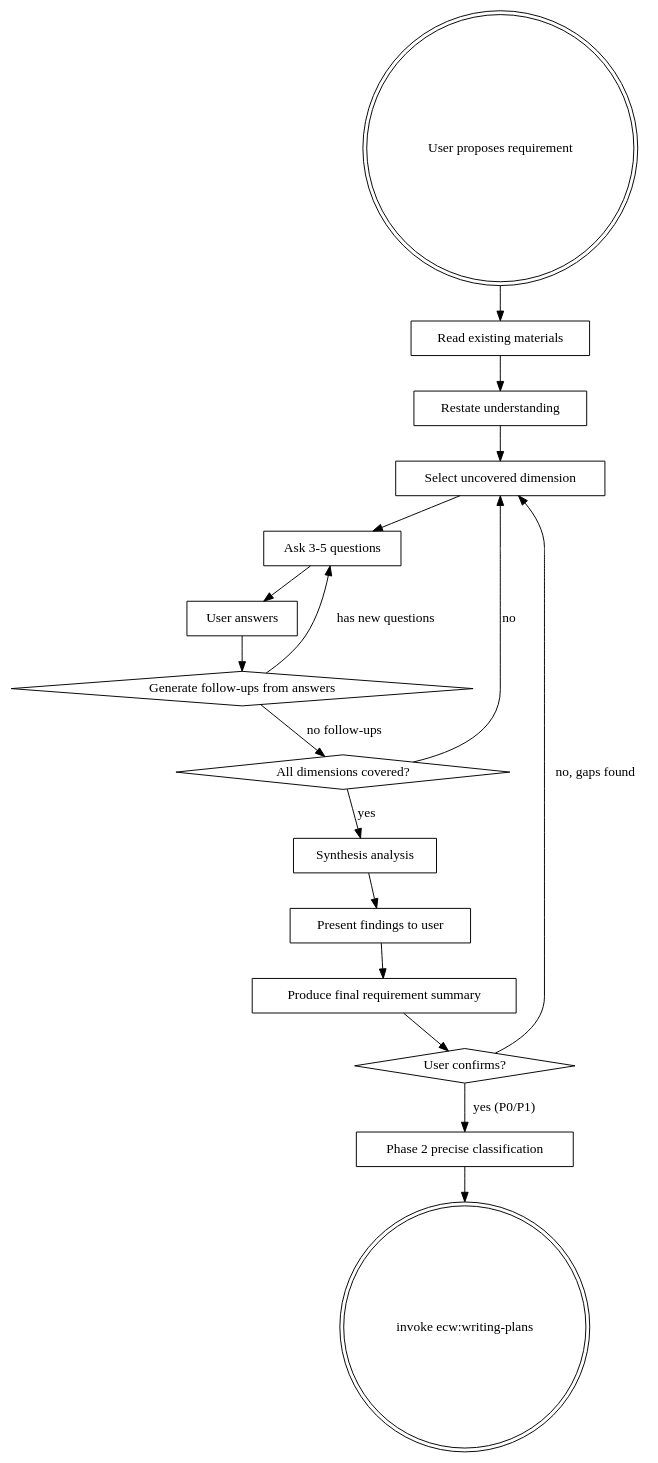
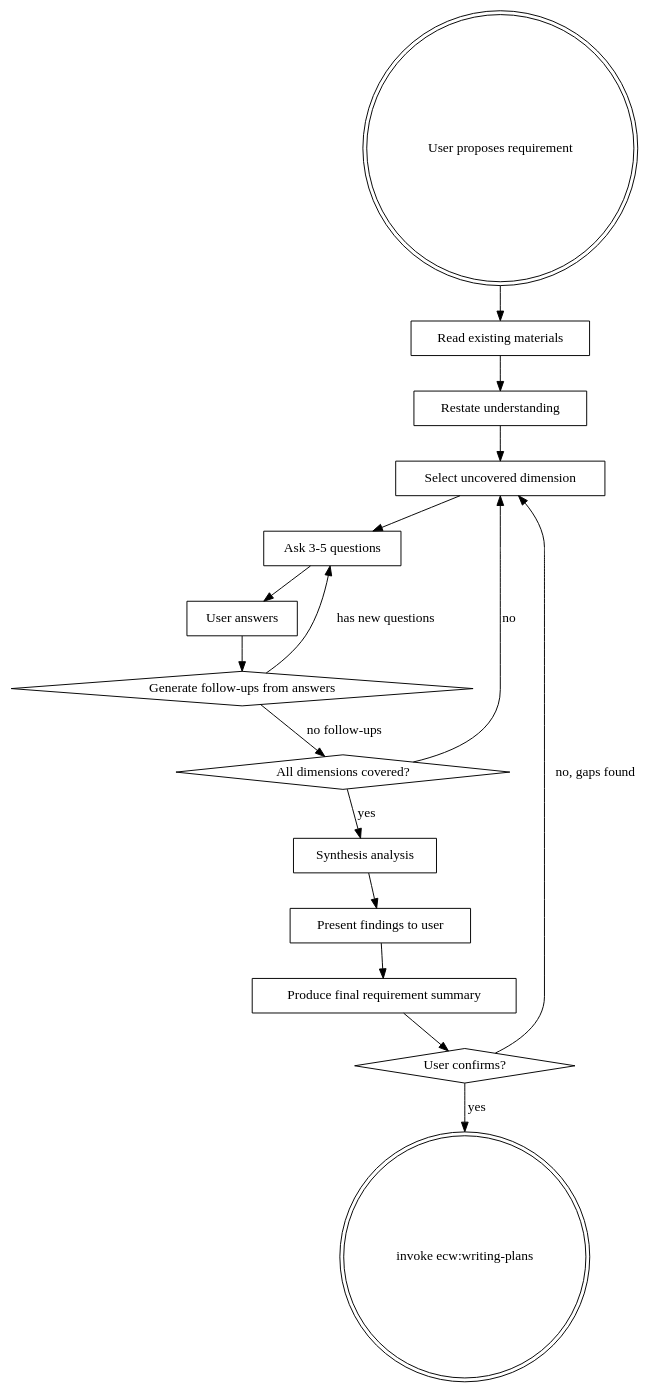
Before and after one commit to Aimeerrhythm/enterprise-change-workflow: the diagram in skills/requirements-elicitation/SKILL.md, drawn with Graphviz. The commit also changed other lines of this file and 1 other file, not shown here.

````diff
--- a/skills/requirements-elicitation/SKILL.md
+++ b/skills/requirements-elicitation/SKILL.md
@@ -47,37 +37,35 @@
 ```dot
 digraph requirements {
   rankdir=TB;
   
   "User proposes requirement" [shape=doublecircle];
   "Read existing materials" [shape=box];
   "Restate understanding" [shape=box];
   "Select uncovered dimension" [shape=box];
   "Ask 3-5 questions" [shape=box];
   "User answers" [shape=box];
   "Generate follow-ups from answers" [shape=diamond];
   "All dimensions covered?" [shape=diamond];
   "Synthesis analysis" [shape=box];
   "Present findings to user" [shape=box];
   "Produce final requirement summary" [shape=box];
   "User confirms?" [shape=diamond];
-  "Phase 2 precise classification" [shape=box];
   "invoke ecw:writing-plans" [shape=doublecircle];
 
   "User proposes requirement" -> "Read existing materials";
   "Read existing materials" -> "Restate understanding";
   "Restate understanding" -> "Select uncovered dimension";
   "Select uncovered dimension" -> "Ask 3-5 questions";
   "Ask 3-5 questions" -> "User answers";
   "User answers" -> "Generate follow-ups from answers";
   "Generate follow-ups from answers" -> "Ask 3-5 questions" [label="has new questions"];
   "Generate follow-ups from answers" -> "All dimensions covered?" [label="no follow-ups"];
   "All dimensions covered?" -> "Select uncovered dimension" [label="no"];
   "All dimensions covered?" -> "Synthesis analysis" [label="yes"];
   "Synthesis analysis" -> "Present findings to user";
   "Present findings to user" -> "Produce final requirement summary";
   "Produce final requirement summary" -> "User confirms?";
   "User confirms?" -> "Select uncovered dimension" [label="no, gaps found"];
-  "User confirms?" -> "Phase 2 precise classification" [label="yes (P0/P1)"];
-  "Phase 2 precise classification" -> "invoke ecw:writing-plans";
+  "User confirms?" -> "invoke ecw:writing-plans" [label="yes"];
 }
 ```
````
